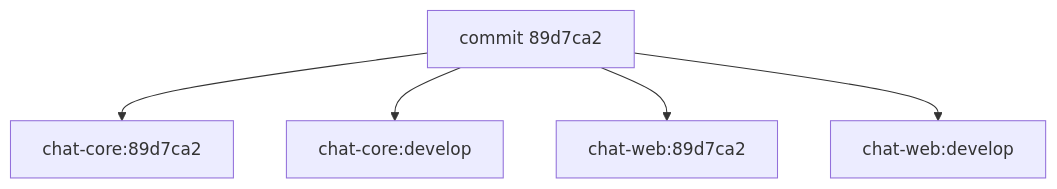
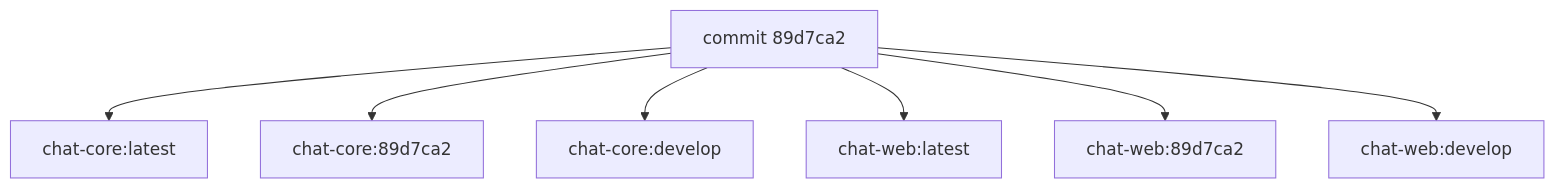
The second of 2 diagrams in docs/ci_cd/publicacao.md (healthdevio/projeto-itia-dois), drawn with Mermaid before and after one commit. The commit also changed other lines of this file and 10 other files, not shown here.

````diff
--- a/docs/ci_cd/publicacao.md
+++ b/docs/ci_cd/publicacao.md
@@ -61,7 +56,9 @@
 ```mermaid
 flowchart TD
-    C[commit 89d7ca2] --> T1[chat-core:89d7ca2]
-    C --> T2[chat-core:develop]
-    C --> T3[chat-web:89d7ca2]
-    C --> T4[chat-web:develop]
+    C[commit 89d7ca2] --> T1[chat-core:latest]
+    C --> T2[chat-core:89d7ca2]
+    C --> T3[chat-core:develop]
+    C --> T4[chat-web:latest]
+    C --> T5[chat-web:89d7ca2]
+    C --> T6[chat-web:develop]
 ```
````
